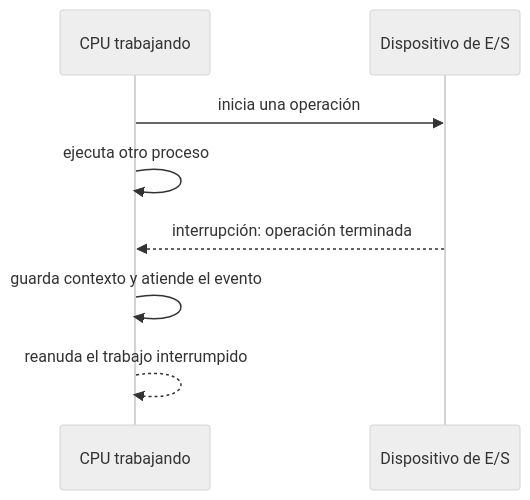
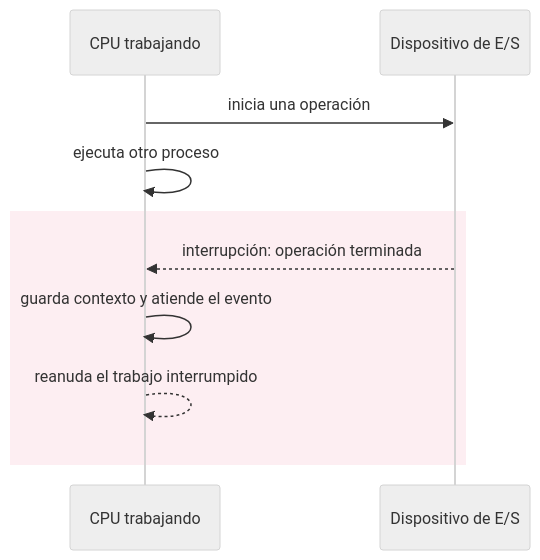
One commit to asiermarzo/ssoo changed the fifth of 6 diagrams in TEORIA/01-introduccion-a-los-sistemas-operativos/README.md. Above: the diagram before and after it, drawn with Mermaid (neutral theme). The commit also changed other lines of this file and 25 other files, not shown here.

Commit message:
refinado de diagramas mermaid y svg

````diff
--- a/TEORIA/01-introduccion-a-los-sistemas-operativos/README.md
+++ b/TEORIA/01-introduccion-a-los-sistemas-operativos/README.md
@@ -471,10 +586,12 @@
 ```mermaid
 sequenceDiagram
     participant CPU as CPU trabajando
     participant D as Dispositivo de E/S
     CPU->>D: inicia una operación
     CPU->>CPU: ejecuta otro proceso
-    D-->>CPU: interrupción: operación terminada
-    CPU->>CPU: guarda contexto y atiende el evento
-    CPU-->>CPU: reanuda el trabajo interrumpido
+    rect rgb(253, 238, 242)
+        D-->>CPU: interrupción: operación terminada
+        CPU->>CPU: guarda contexto y atiende el evento
+        CPU-->>CPU: reanuda el trabajo interrumpido
+    end
 ```
````
